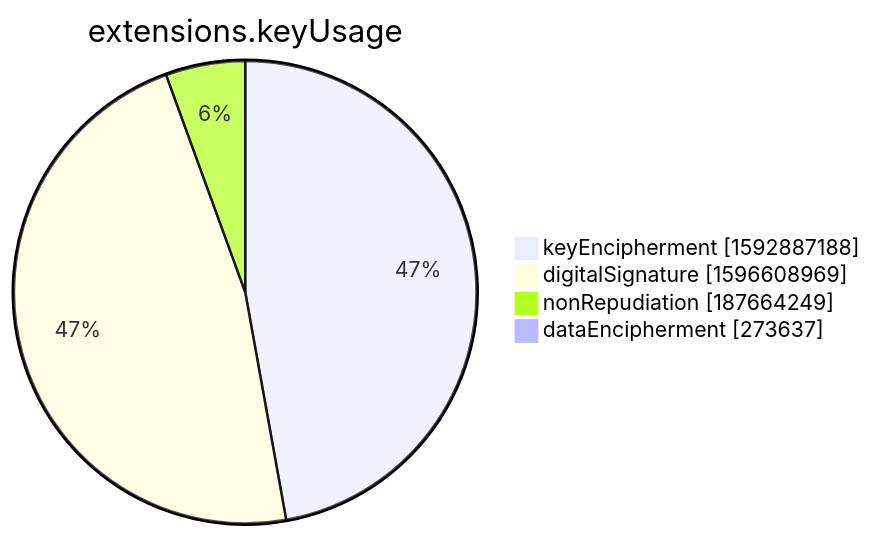
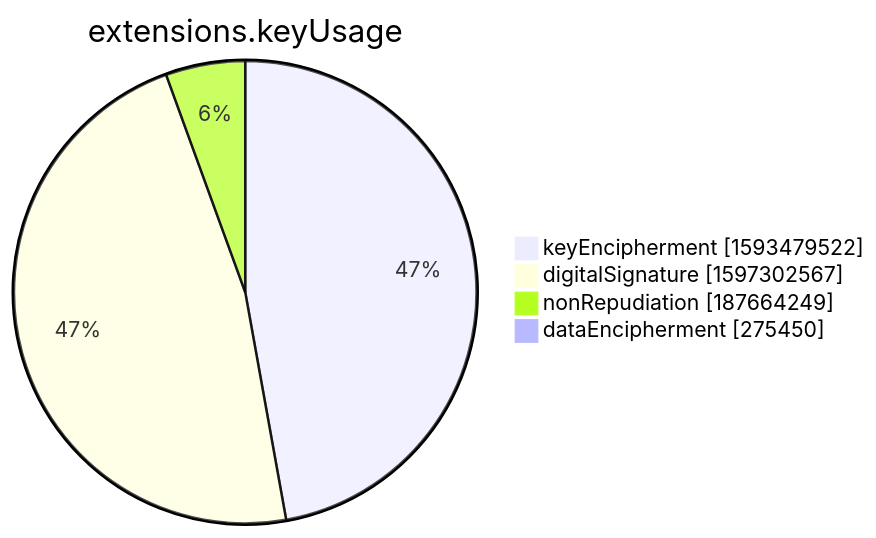
One commit to christiankrug/ctmonitor_visualization changed the seventh of 15 diagrams in xenon2022/README.md. Above: the diagram before and after it, drawn with Mermaid. The commit also changed other lines of this file, not shown here.

````diff
--- a/xenon2022/README.md
+++ b/xenon2022/README.md
@@ -2854,8 +2854,8 @@
 ```mermaid
 pie showData
 title extensions.keyUsage
-"keyEncipherment" :1592887188
-"digitalSignature" :1596608969
+"keyEncipherment" :1593479522
+"digitalSignature" :1597302567
 "nonRepudiation" :187664249
-"dataEncipherment" :273637
+"dataEncipherment" :275450
 ```
````
